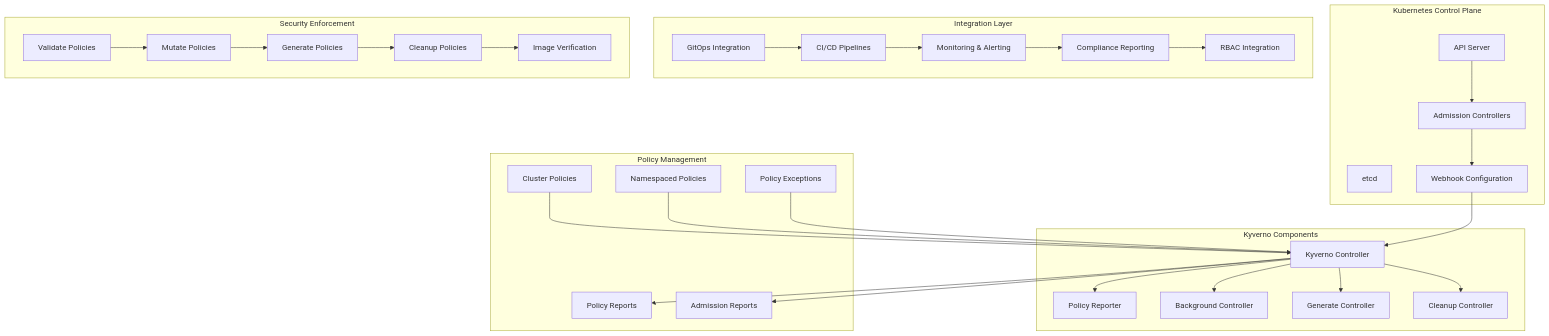
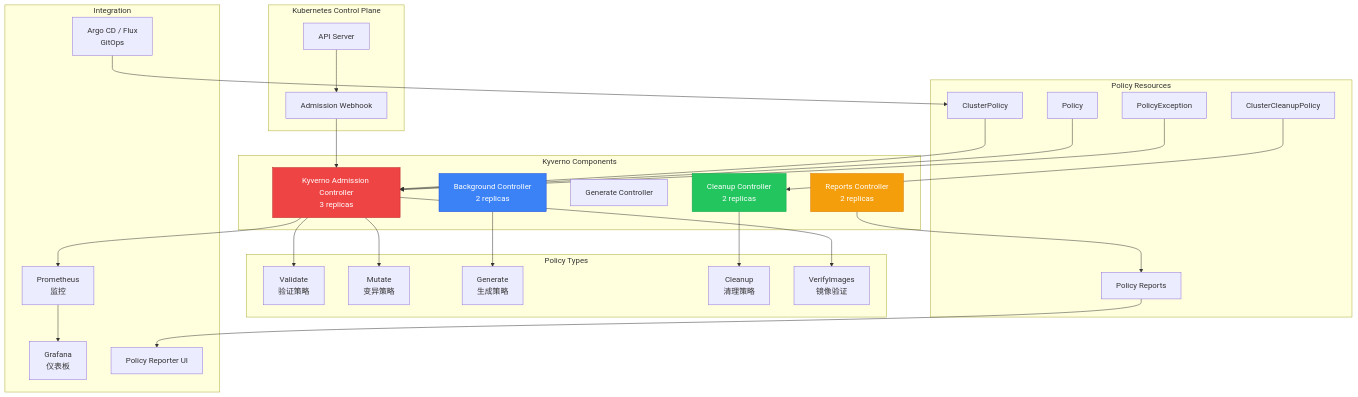
One commit to kudig-io/kudig-database changed the diagram in domain-25-cloud-native-security/04-kyverno-enterprise-policy-management.md. Above: the diagram before and after it, drawn with Mermaid. The commit also changed other lines of this file and 8633 other files, not shown here.

````diff
--- a/domain-25-cloud-native-security/04-kyverno-enterprise-policy-management.md
+++ b/domain-25-cloud-native-security/04-kyverno-enterprise-policy-management.md
@@ -14,65 +88,58 @@
 ```mermaid
 graph TB
     subgraph "Kubernetes Control Plane"
-        A[API Server]
-        B[etcd]
-        C[Admission Controllers]
-        D[Webhook Configuration]
+        API[API Server]
+        ADM[Admission Webhook]
     end
-    
+
     subgraph "Kyverno Components"
-        E[Kyverno Controller]
-        F[Policy Reporter]
-        G[Background Controller]
-        H[Generate Controller]
-        I[Cleanup Controller]
+        KCTRL[Kyverno Admission Controller<br/>3 replicas]
+        BG[Background Controller<br/>2 replicas]
+        GEN[Generate Controller]
+        CLN[Cleanup Controller<br/>2 replicas]
+        RPT[Reports Controller<br/>2 replicas]
     end
-    
-    subgraph "Policy Management"
-        J[Cluster Policies]
-        K[Namespaced Policies]
-        L[Policy Exceptions]
-        M[Policy Reports]
-        N[Admission Reports]
+
+    subgraph "Policy Types"
+        VAL[Validate<br/>验证策略]
+        MUT[Mutate<br/>变异策略]
+        GENP[Generate<br/>生成策略]
+        CLR[Cleanup<br/>清理策略]
+        VIMG[VerifyImages<br/>镜像验证]
     end
-    
-    subgraph "Integration Layer"
-        O[GitOps Integration]
-        P[CI/CD Pipelines]
-        Q[Monitoring & Alerting]
-        R[Compliance Reporting]
-        S[RBAC Integration]
+
+    subgraph "Policy Resources"
+        CP[ClusterPolicy]
+        NP[Policy]
+        PE[PolicyException]
+        CCP[ClusterCleanupPolicy]
+        PR[Policy Reports]
     end
-    
-    subgraph "Security Enforcement"
-        T[Validate Policies]
-        U[Mutate Policies]
-        V[Generate Policies]
-        W[Cleanup Policies]
-        X[Image Verification]
+
+    subgraph "Integration"
+        ARGO[Argo CD / Flux<br/>GitOps]
+        PROM[Prometheus<br/>监控]
+        DASH[Grafana<br/>仪表板]
+        GUI[Policy Reporter UI]
     end
-    
-    A --> C
-    C --> D
-    D --> E
-    E --> F
-    E --> G
-    E --> H
-    E --> I
-    
-    J --> E
-    K --> E
-    L --> E
-    E --> M
-    E --> N
-    
-    O --> P
-    P --> Q
-    Q --> R
-    R --> S
-    
-    T --> U
-    U --> V
-    V --> W
-    W --> X
+
+    API --> ADM --> KCTRL
+    KCTRL --> VAL
+    KCTRL --> MUT
+    KCTRL --> VIMG
+    BG --> GENP
+    CLN --> CLR
+    RPT --> PR
+    CP --> KCTRL
+    NP --> KCTRL
+    PE --> KCTRL
+    CCP --> CLN
+    KCTRL --> PROM --> DASH
+    ARGO --> CP
+    PR --> GUI
+
+    style KCTRL fill:#ef4444,stroke:#b91c1c,color:#fff
+    style BG fill:#3b82f6,stroke:#1d4ed8,color:#fff
+    style CLN fill:#22c55e,stroke:#16a34a,color:#fff
+    style RPT fill:#f59e0b,stroke:#d97706,color:#fff
 ```
````
